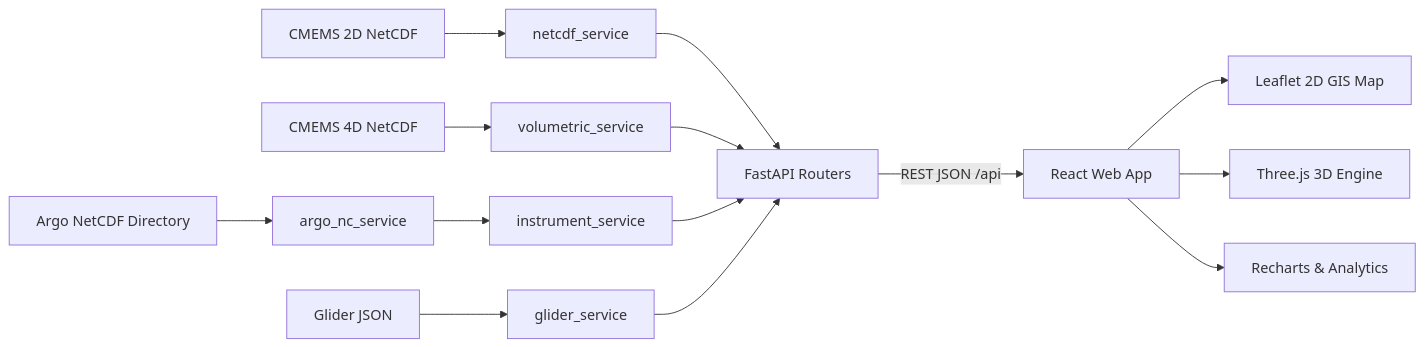
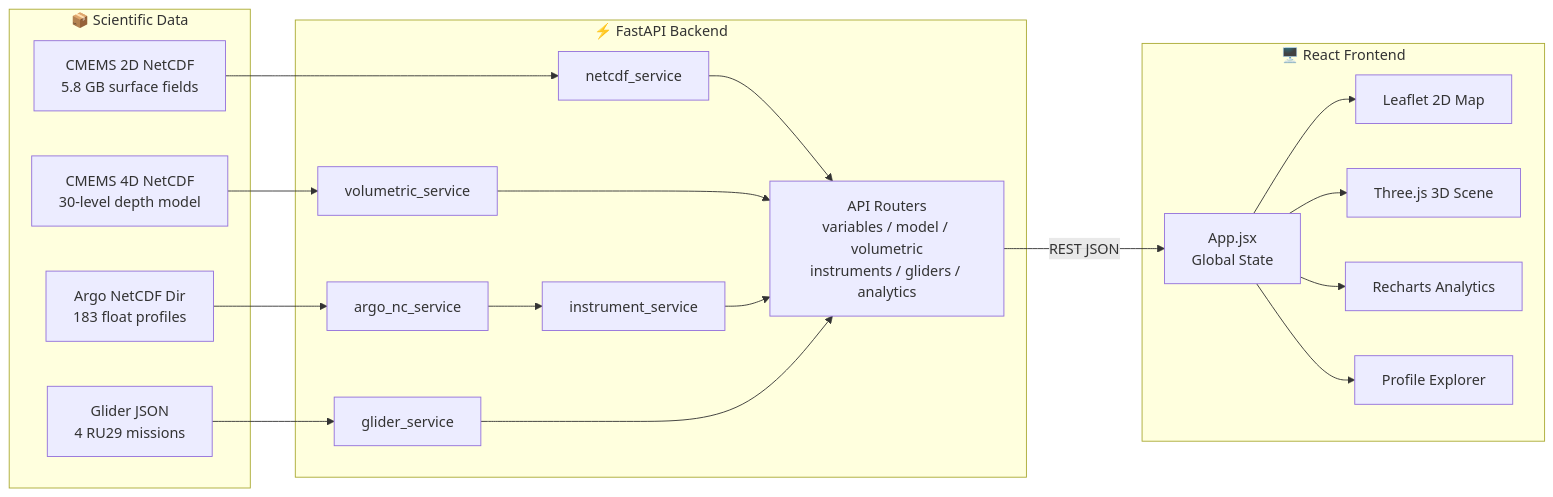
The diagram in README.md (RutuRaj-1/Sagar_Drishti), drawn with Mermaid before and after one commit. The commit also changed other lines of this file, not shown here.

````diff
--- a/README.md
+++ b/README.md
@@ -158,16 +105,33 @@
 ```mermaid
 flowchart LR
-    A[CMEMS 2D NetCDF] --> B[netcdf_service]
-    B --> C[FastAPI Routers]
-    D[CMEMS 4D NetCDF] --> E[volumetric_service]
-    E --> C
-    F[Argo NetCDF Directory] --> G[argo_nc_service]
-    G --> H[instrument_service]
-    H --> C
-    I[Glider JSON] --> J[glider_service]
-    J --> C
-    C -->|REST JSON /api| K[React Web App]
-    K --> L[Leaflet 2D GIS Map]
-    K --> M[Three.js 3D Engine]
-    K --> N[Recharts & Analytics]
+    subgraph Data ["📦 Scientific Data"]
+        A[CMEMS 2D NetCDF<br/>5.8 GB surface fields]
+        D[CMEMS 4D NetCDF<br/>30-level depth model]
+        F[Argo NetCDF Dir<br/>183 float profiles]
+        I[Glider JSON<br/>4 RU29 missions]
+    end
+
+    subgraph Backend ["⚡ FastAPI Backend"]
+        B[netcdf_service]
+        E[volumetric_service]
+        G[argo_nc_service]
+        H[instrument_service]
+        J[glider_service]
+        C[API Routers<br/>variables / model / volumetric<br/>instruments / gliders / analytics]
+    end
+
+    subgraph Frontend ["🖥️ React Frontend"]
+        K[App.jsx<br/>Global State]
+        L[Leaflet 2D Map]
+        M[Three.js 3D Scene]
+        N[Recharts Analytics]
+        O[Profile Explorer]
+    end
+
+    A --> B --> C
+    D --> E --> C
+    F --> G --> H --> C
+    I --> J --> C
+    C -->|REST JSON| K
+    K --> L & M & N & O
 ```
````
